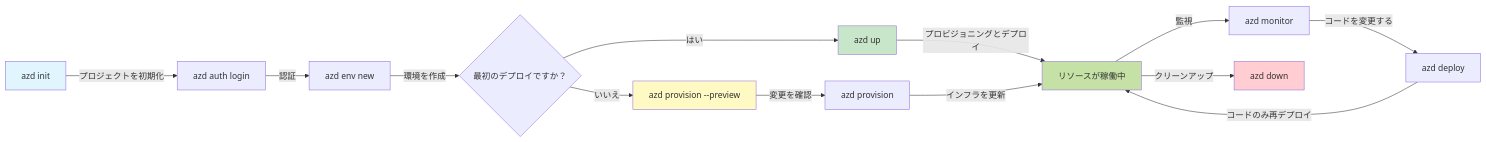
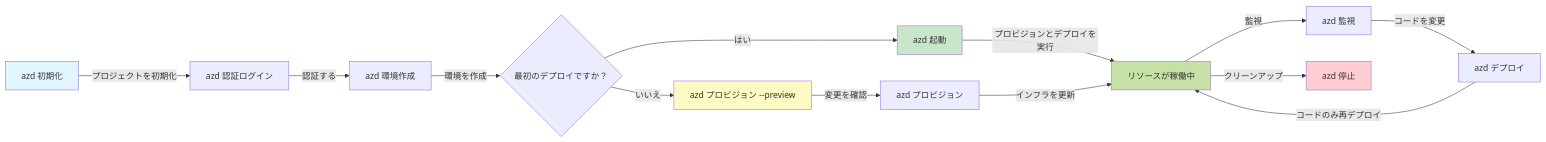
The first of 2 diagrams in translations/ja/docs/chapter-01-foundation/azd-basics.md (microsoft/AZD-for-beginners), drawn with Mermaid before and after one commit. The commit also changed other lines of this file and 101 other files, not shown here.

````diff
--- a/translations/ja/docs/chapter-01-foundation/azd-basics.md
+++ b/translations/ja/docs/chapter-01-foundation/azd-basics.md
@@ -254,21 +269,21 @@
 ```mermaid
 graph LR
-    A[azd init] -->|プロジェクトを初期化| B[azd auth login]
-    B -->|認証| C[azd env new]
+    A[azd 初期化] -->|プロジェクトを初期化| B[azd 認証ログイン]
+    B -->|認証する| C[azd 環境作成]
     C -->|環境を作成| D{最初のデプロイですか？}
-    D -->|はい| E[azd up]
-    D -->|いいえ| F[azd provision --preview]
-    F -->|変更を確認| G[azd provision]
-    E -->|プロビジョニングとデプロイ| H[リソースが稼働中]
+    D -->|はい| E[azd 起動]
+    D -->|いいえ| F[azd プロビジョン --preview]
+    F -->|変更を確認| G[azd プロビジョン]
+    E -->|プロビジョンとデプロイを実行| H[リソースが稼働中]
     G -->|インフラを更新| H
-    H -->|監視| I[azd monitor]
-    I -->|コードを変更する| J[azd deploy]
+    H -->|監視| I[azd 監視]
+    I -->|コードを変更| J[azd デプロイ]
     J -->|コードのみ再デプロイ| H
-    H -->|クリーンアップ| K[azd down]
+    H -->|クリーンアップ| K[azd 停止]
     
     style A fill:#e1f5fe
     style E fill:#c8e6c9
     style F fill:#fff9c4
     style H fill:#c5e1a5
     style K fill:#ffcdd2
 ```
````
